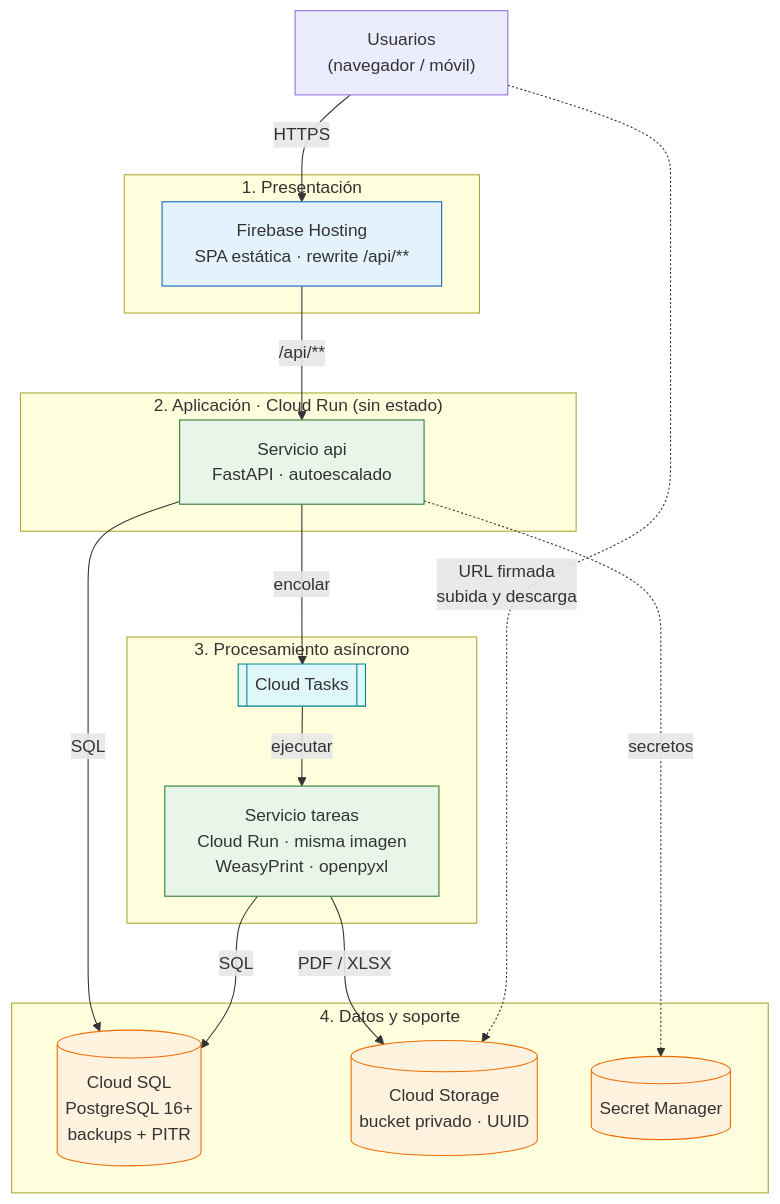
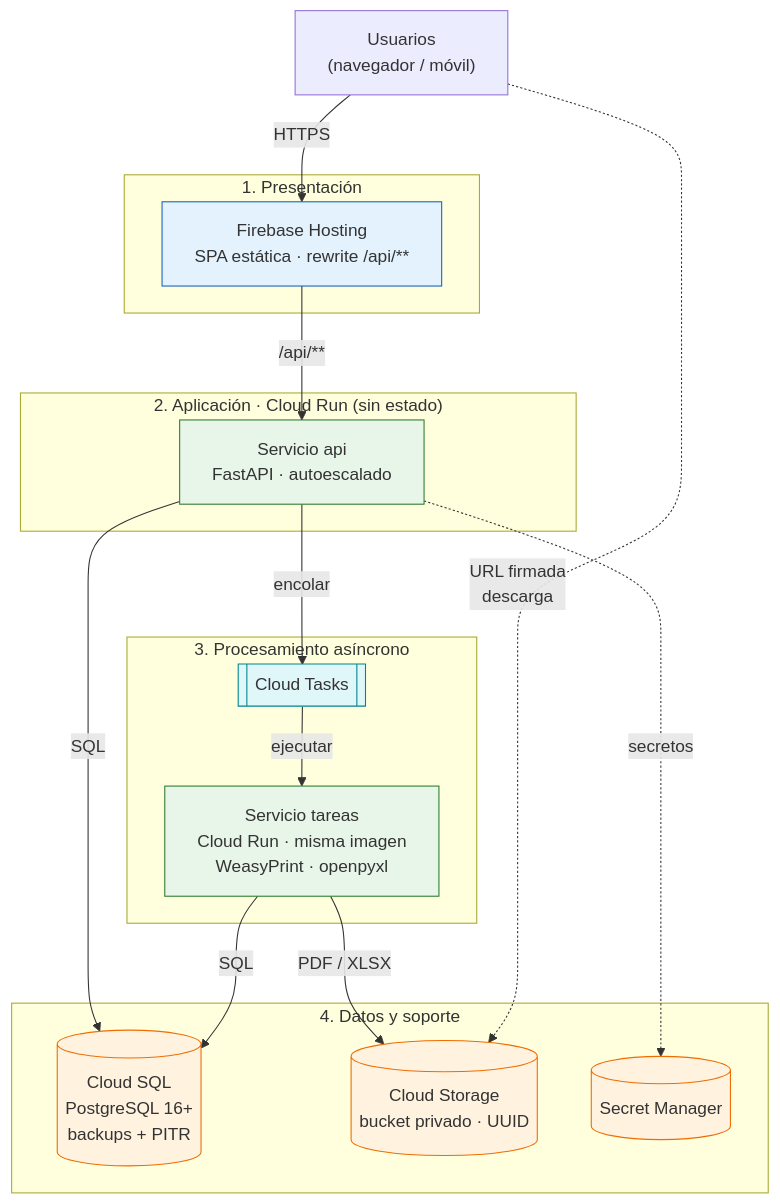
Before and after one commit to HafidJoss/PORTAL_DE_SERVICIOS_ESTUDIANTILES: the diagram in docs/02-arquitectura-software/estilo-arquitectonico.md, drawn with Mermaid. The commit also changed other lines of this file and 2 other files, not shown here.

````diff
--- a/docs/02-arquitectura-software/estilo-arquitectonico.md
+++ b/docs/02-arquitectura-software/estilo-arquitectonico.md
@@ -17,42 +17,42 @@
 ```mermaid
 flowchart TB
     U["Usuarios<br/>(navegador / móvil)"]
 
     subgraph PRES["1. Presentación"]
         FH["Firebase Hosting<br/>SPA estática · rewrite /api/**"]
     end
 
     subgraph APP["2. Aplicación · Cloud Run (sin estado)"]
         API["Servicio api<br/>FastAPI · autoescalado"]
     end
 
     subgraph ASYNC["3. Procesamiento asíncrono"]
         CT[["Cloud Tasks"]]
         TK["Servicio tareas<br/>Cloud Run · misma imagen<br/>WeasyPrint · openpyxl"]
     end
 
     subgraph DATA["4. Datos y soporte"]
         PG[("Cloud SQL<br/>PostgreSQL 16+<br/>backups + PITR")]
         GCS[("Cloud Storage<br/>bucket privado · UUID")]
         SM[("Secret Manager")]
     end
 
     U -->|HTTPS| FH
     FH -->|"/api/**"| API
     API -->|encolar| CT
     CT -->|ejecutar| TK
     API -->|SQL| PG
     TK -->|SQL| PG
     TK -->|"PDF / XLSX"| GCS
     API -.->|secretos| SM
-    U -.->|"URL firmada<br/>subida y descarga"| GCS
+    U -.->|"URL firmada<br/>descarga"| GCS
 
     classDef cEdge fill:#e3f2fd,stroke:#1565c0
     classDef cApp fill:#e8f5e9,stroke:#2e7d32
     classDef cAsync fill:#e0f7fa,stroke:#00838f
     classDef cData fill:#fff3e0,stroke:#ef6c00
     class FH cEdge
     class API,TK cApp
     class CT cAsync
     class PG,GCS,SM cData
 ```
````
